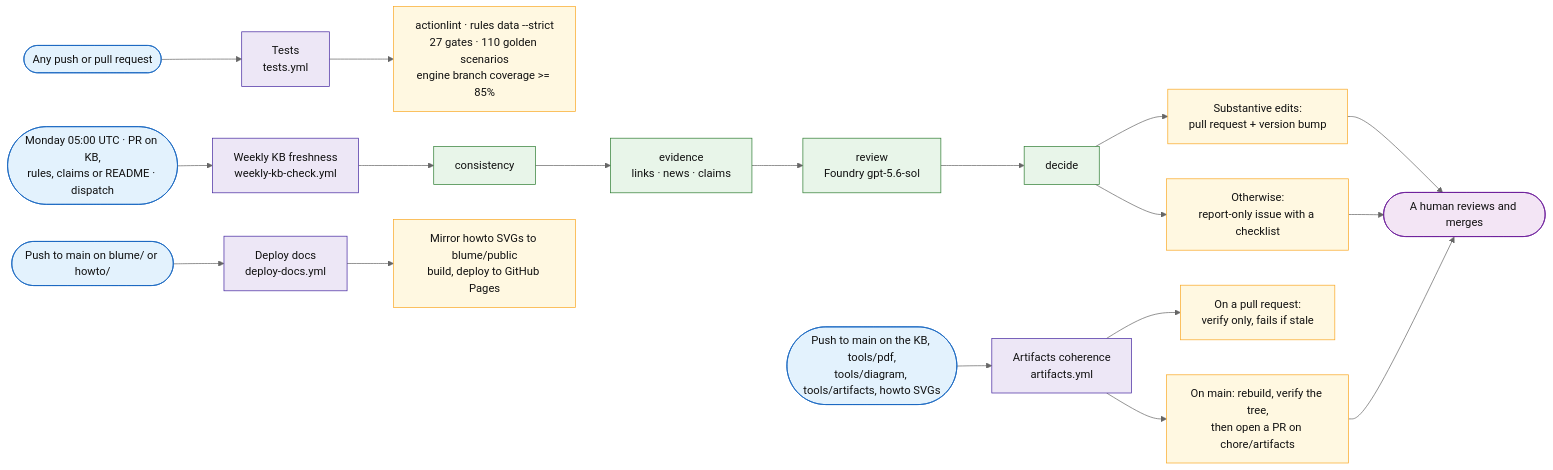
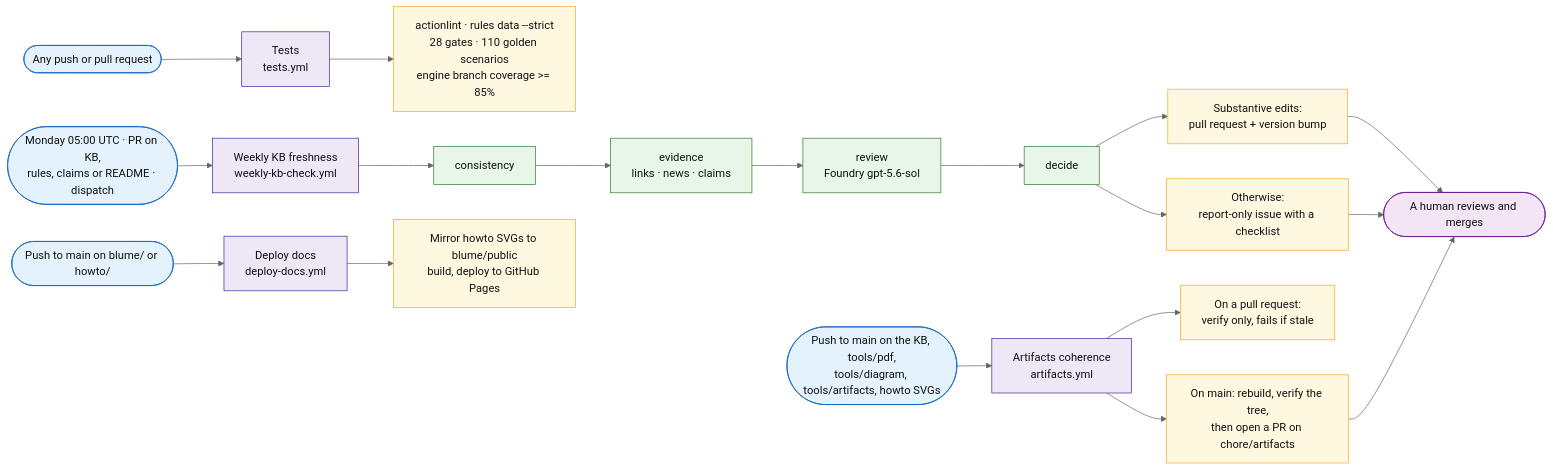
The sixth of 6 diagrams in docs/sql-migration-advisor-developer-pitch.md (fredgis/sql-migration-advisor), drawn with Mermaid (neutral theme) before and after one commit. The commit also changed 8 other files, not shown here.

````diff
--- a/docs/sql-migration-advisor-developer-pitch.md
+++ b/docs/sql-migration-advisor-developer-pitch.md
@@ -992,33 +992,33 @@
 ```mermaid
 flowchart LR
     G1([Any push or pull request]) --> W1[Tests<br/>tests.yml]
     G2([Monday 05:00 UTC · PR on KB,<br/>rules, claims or README · dispatch]) --> W2[Weekly KB freshness<br/>weekly-kb-check.yml]
     G3([Push to main on the KB, tools/pdf,<br/>tools/diagram, tools/artifacts, howto SVGs]) --> W3[Artifacts coherence<br/>artifacts.yml]
     G4([Push to main on blume/ or howto/]) --> W4[Deploy docs<br/>deploy-docs.yml]
 
-    W1 --> O1[actionlint · rules data --strict<br/>27 gates · 110 golden scenarios<br/>engine branch coverage >= 85%]
+    W1 --> O1[actionlint · rules data --strict<br/>28 gates · 110 golden scenarios<br/>engine branch coverage >= 85%]
 
     W2 --> C1[consistency] --> C2[evidence<br/>links · news · claims] --> C3[review<br/>Foundry gpt-5.6-sol] --> C4[decide]
     C4 --> O2a[Substantive edits:<br/>pull request + version bump]
     C4 --> O2b[Otherwise:<br/>report-only issue with a checklist]
 
     W3 --> O3a[On a pull request:<br/>verify only, fails if stale]
     W3 --> O3b[On main: rebuild, verify the tree,<br/>then open a PR on chore/artifacts]
 
     W4 --> O4[Mirror howto SVGs to blume/public<br/>build, deploy to GitHub Pages]
 
     O2a --> H([A human reviews and merges])
     O2b --> H
     O3b --> H
 
     classDef trig fill:#e3f2fd,stroke:#1565c0,color:#111
     classDef flow fill:#ede7f6,stroke:#4527a0,color:#111
     classDef step fill:#e8f5e9,stroke:#2e7d32,color:#111
     classDef out fill:#fff8e1,stroke:#f9a825,color:#111
     classDef human fill:#f3e5f5,stroke:#6a1b9a,color:#111
     class G1,G2,G3,G4 trig
     class W1,W2,W3,W4 flow
     class C1,C2,C3,C4 step
     class O1,O2a,O2b,O3a,O3b,O4 out
     class H human
 ```
````
